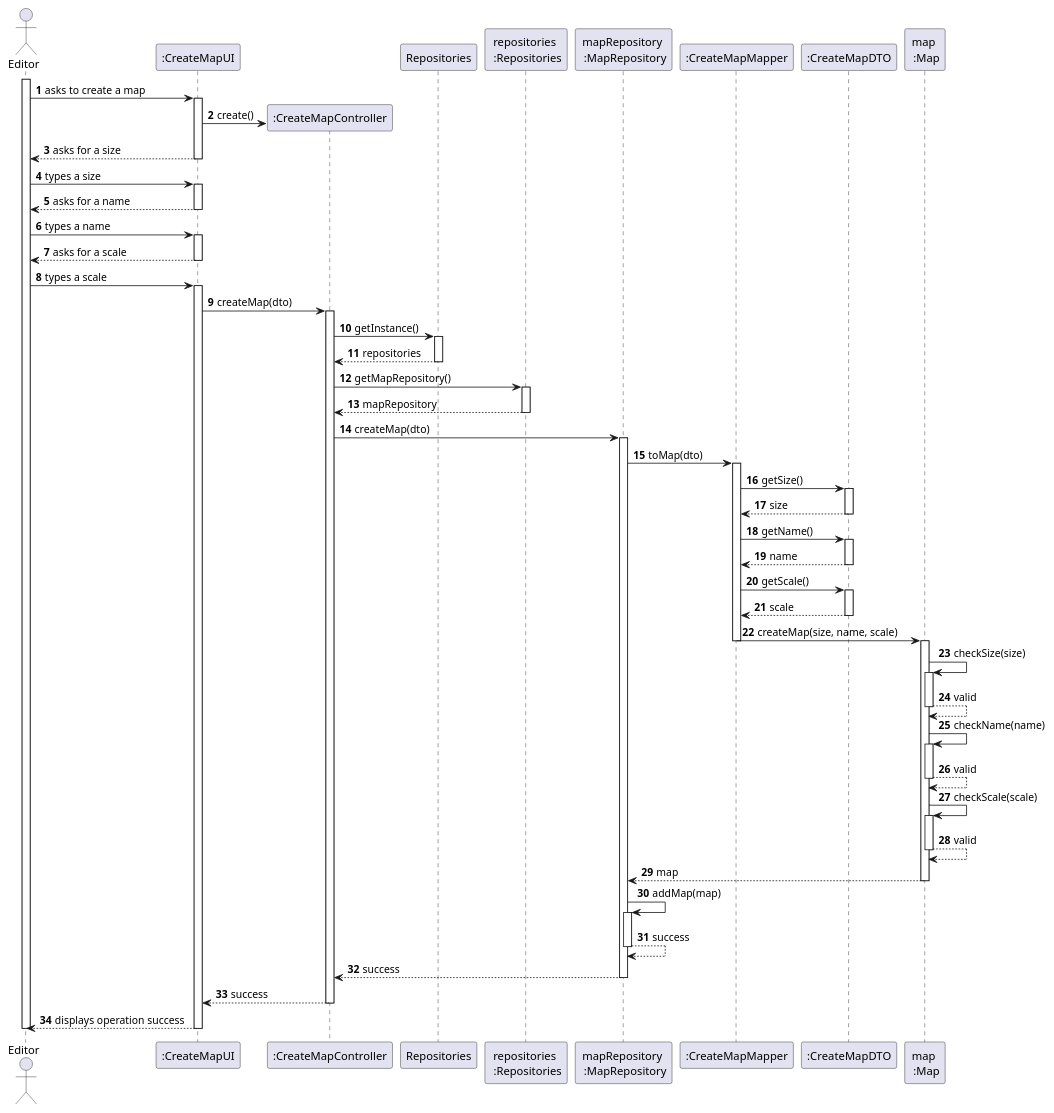
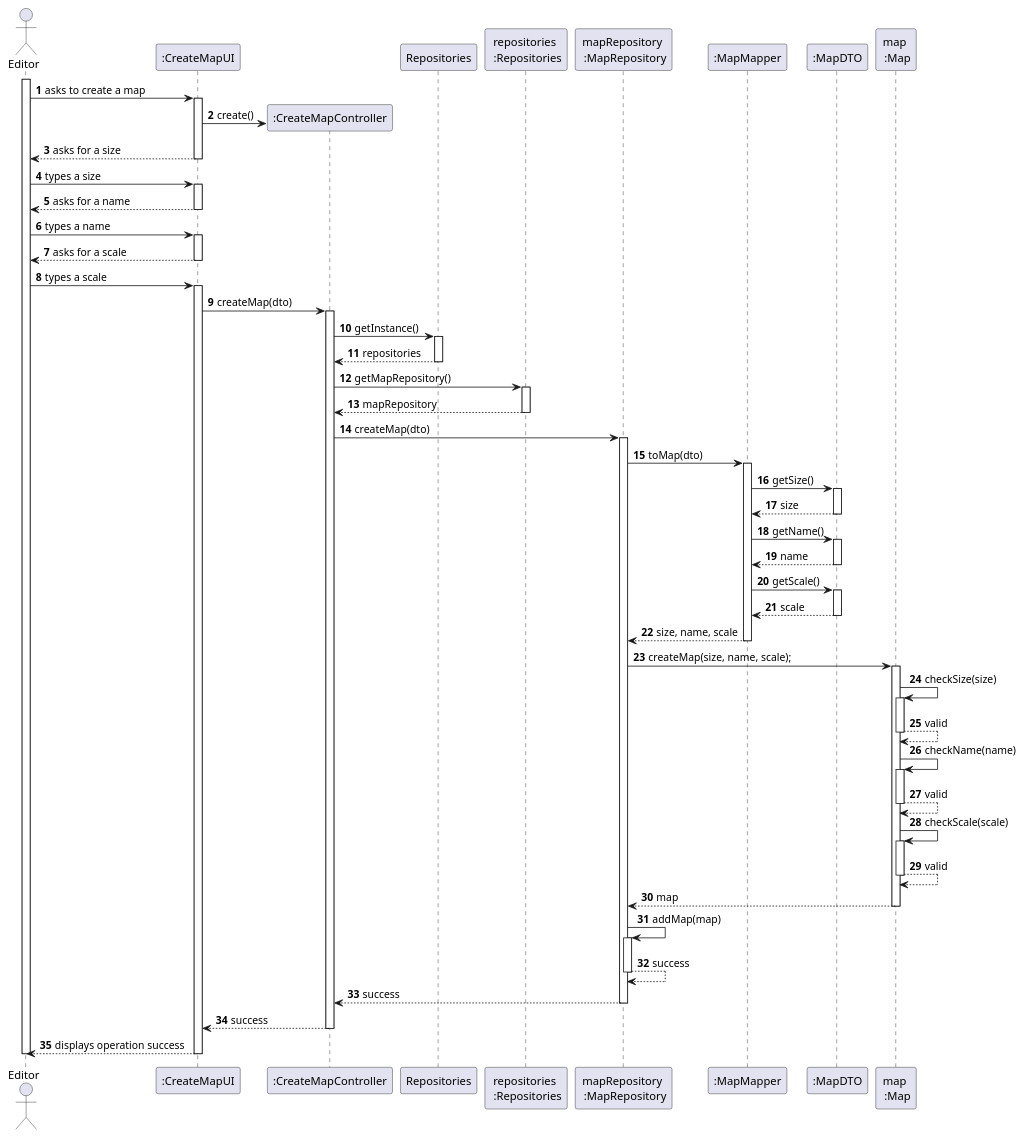
Before and after one commit to 1240935/pi2-railway-simulator: the diagram in Sprint3/US001/03.design/puml/US001-SD-full.puml, drawn with PlantUML. The commit also changed 10 other files, not shown here.

```diff
--- a/Sprint3/US001/03.design/puml/US001-SD-full.puml
+++ b/Sprint3/US001/03.design/puml/US001-SD-full.puml
@@ -1,111 +1,113 @@
 @startuml
 'skinparam monochrome true
 skinparam packageStyle rectangle
 skinparam shadowing false
 
 autonumber
 
 'hide footbox
 
 actor "Editor" as EDITOR
 participant ":CreateMapUI" as UI
 participant ":CreateMapController" as CTRL
 participant "Repositories" as REPOS
 participant "repositories \n :Repositories" as REPO_SINGLETON
 participant "mapRepository \n :MapRepository" as MAP_REPO
-participant ":CreateMapMapper" as MAPPER
-participant ":CreateMapDTO" as DTO
+participant ":MapMapper" as MAPPER
+participant ":MapDTO" as DTO
 participant "map \n :Map" as MAP
 
 activate EDITOR
 
 EDITOR -> UI : asks to create a map
 activate UI
 
     UI -> CTRL** : create()
     UI --> EDITOR : asks for a size
 deactivate UI
 
 EDITOR -> UI : types a size
 activate UI
 
     UI --> EDITOR : asks for a name
 deactivate UI
 
 EDITOR -> UI :  types a name
 activate UI
 
 UI --> EDITOR : asks for a scale
 deactivate UI
 
 EDITOR -> UI :  types a scale
 activate UI
 
 UI -> CTRL : createMap(dto)
 activate CTRL
 
 CTRL -> REPOS : getInstance()
 activate REPOS
 
     REPOS --> CTRL : repositories
 deactivate REPOS
 
 CTRL -> REPO_SINGLETON : getMapRepository()
 activate REPO_SINGLETON
 REPO_SINGLETON --> CTRL: mapRepository
 deactivate REPO_SINGLETON
 CTRL -> MAP_REPO: createMap(dto)
 activate MAP_REPO
 
 MAP_REPO -> MAPPER : toMap(dto)
 activate MAPPER
 
 MAPPER -> DTO: getSize()
 activate DTO
 
 DTO --> MAPPER: size
 deactivate DTO
 MAPPER -> DTO: getName()
 activate DTO
 
 DTO --> MAPPER: name
 deactivate DTO
 MAPPER -> DTO: getScale()
 activate DTO
 
 DTO --> MAPPER: scale
 deactivate DTO
-MAPPER -> MAP: createMap(size, name, scale)
-deactivate
+MAPPER --> MAP_REPO: size, name, scale
+deactivate MAPPER
+
+MAP_REPO -> MAP: createMap(size, name, scale);
     activate MAP
         MAP -> MAP : checkSize(size)
         activate MAP
         MAP --> MAP : valid
         deactivate MAP
 
         MAP -> MAP : checkName(name)
         activate MAP
         MAP --> MAP : valid
         deactivate MAP
 
         MAP -> MAP : checkScale(scale)
                 activate MAP
                 MAP --> MAP : valid
                 deactivate MAP
 
         MAP --> MAP_REPO : map
     deactivate MAP
 
     MAP_REPO -> MAP_REPO : addMap(map)
     activate MAP_REPO
     MAP_REPO --> MAP_REPO: success
     deactivate MAP_REPO
     MAP_REPO --> CTRL : success
 deactivate MAP_REPO
 
 CTRL --> UI : success
 deactivate CTRL
 UI --> EDITOR : displays operation success
 deactivate UI
 deactivate EDITOR
 @enduml
```
